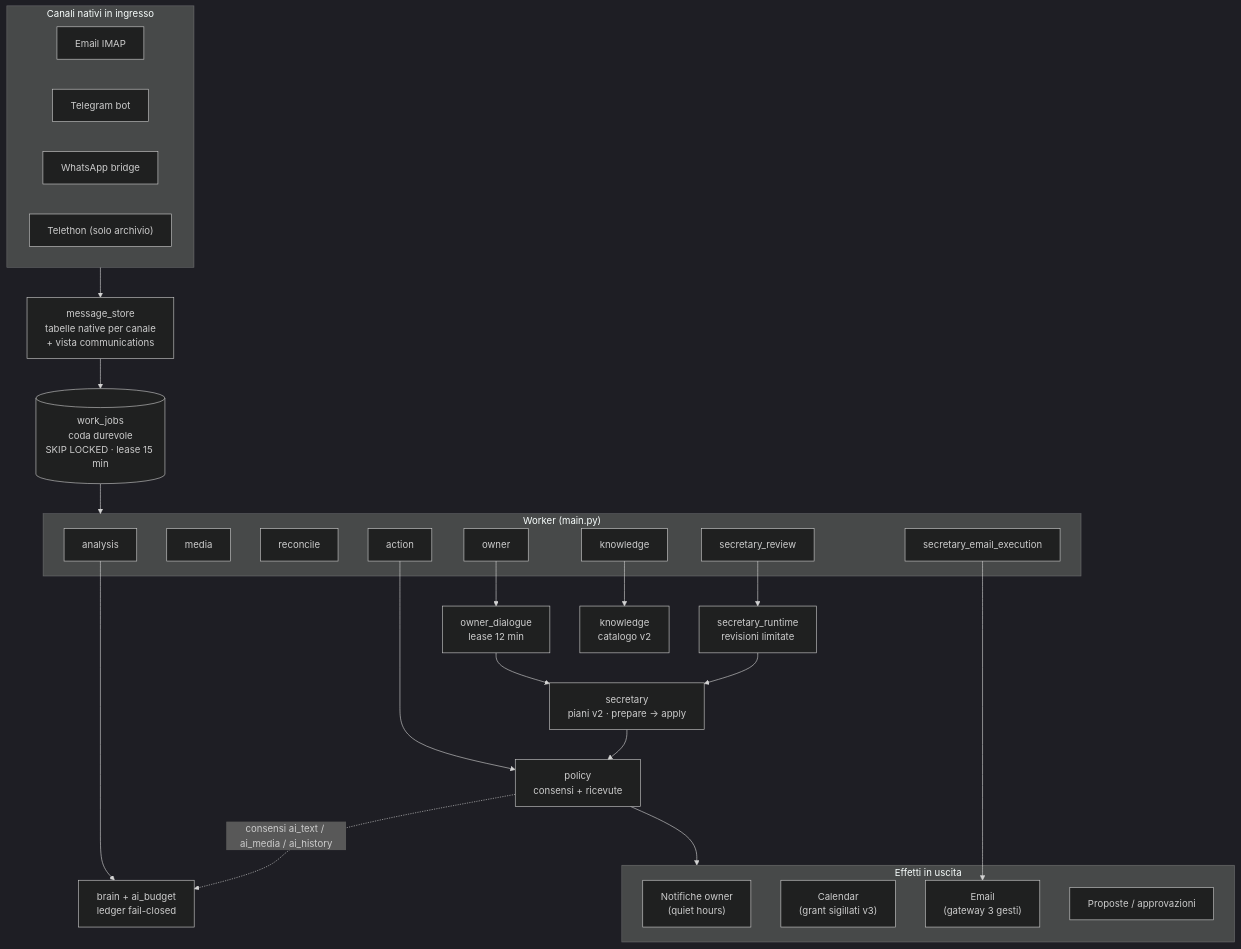
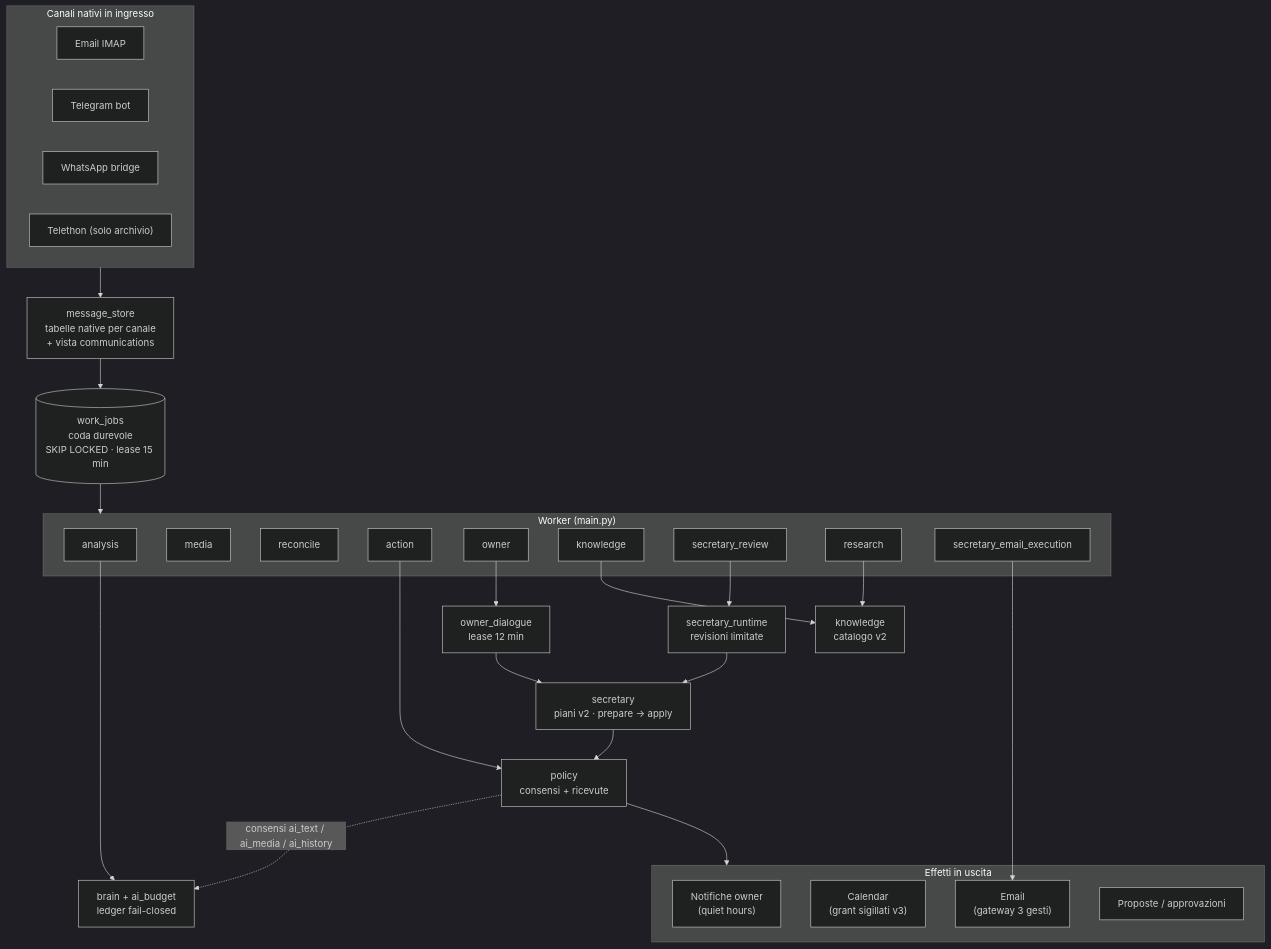
Before and after one commit to Hypaz-AI/p-secretary: the first of 16 diagrams in AGENT_FLOWS.md, drawn with Mermaid (dark theme). The commit also changed other lines of this file and 16 other files, not shown here.

````diff
--- a/AGENT_FLOWS.md
+++ b/AGENT_FLOWS.md
@@ -30,48 +32,50 @@
 ```mermaid
 flowchart TB
     subgraph CANALI["Canali nativi in ingresso"]
         E["Email IMAP"]
         T["Telegram bot"]
         W["WhatsApp bridge"]
         TA["Telethon (solo archivio)"]
     end
 
     MS["message_store<br/>tabelle native per canale<br/>+ vista communications"]
     Q[("work_jobs<br/>coda durevole<br/>SKIP LOCKED · lease 15 min")]
 
     subgraph WK["Worker (main.py)"]
         AW["analysis"]
         MW["media"]
         RW["reconcile"]
         AC["action"]
         OW["owner"]
         KW["knowledge"]
         SR["secretary_review"]
+        RS["research"]
         EE["secretary_email_execution"]
     end
 
     B["brain + ai_budget<br/>ledger fail-closed"]
     SEC["secretary<br/>piani v2 · prepare → apply"]
     RT["secretary_runtime<br/>revisioni limitate"]
     OD["owner_dialogue<br/>lease 12 min"]
     POL["policy<br/>consensi + ricevute"]
     KN["knowledge<br/>catalogo v2"]
 
     subgraph EFF["Effetti in uscita"]
         NT["Notifiche owner<br/>(quiet hours)"]
         GC["Calendar<br/>(grant sigillati v3)"]
         ML["Email<br/>(gateway 3 gesti)"]
         PR["Proposte / approvazioni"]
     end
 
     CANALI --> MS --> Q --> WK
     AW --> B
     KW --> KN
     OW --> OD --> SEC
     SR --> RT --> SEC
+    RS --> KN
     SEC --> POL
     AC --> POL
     EE --> ML
     POL --> EFF
     POL -.->|consensi ai_text / ai_media / ai_history| B
 ```
````
